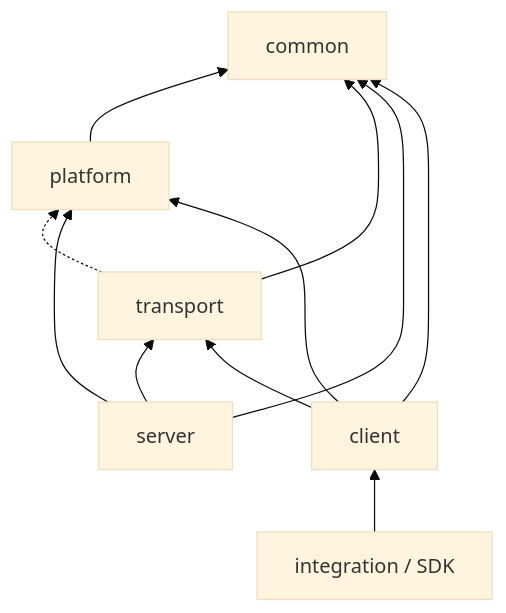
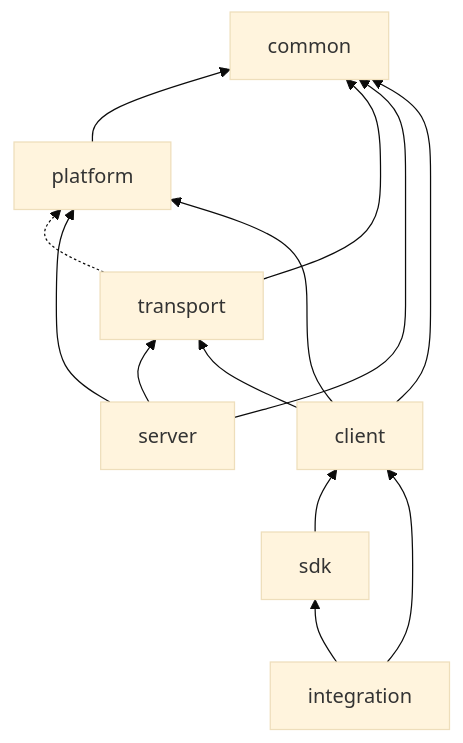
Before and after one commit to LMCache/LMCache: the diagram in docs/design/MODULE_DEPENDENCIES.md, drawn with Mermaid (base theme). The commit also changed other lines of this file and 2 other files, not shown here.

Commit message:
[Fix] Check SDK as a separate dependency part

````diff
--- a/docs/design/MODULE_DEPENDENCIES.md
+++ b/docs/design/MODULE_DEPENDENCIES.md
@@ -11,14 +10,15 @@
 ```mermaid
 flowchart BT
-    integration["integration / SDK"]
     platform --> common
     transport --> common
     transport -.-> platform
     server --> common
     server --> platform
     server --> transport
     client --> common
     client --> platform
     client --> transport
+    sdk --> client
     integration --> client
+    integration --> sdk
 ```
````
